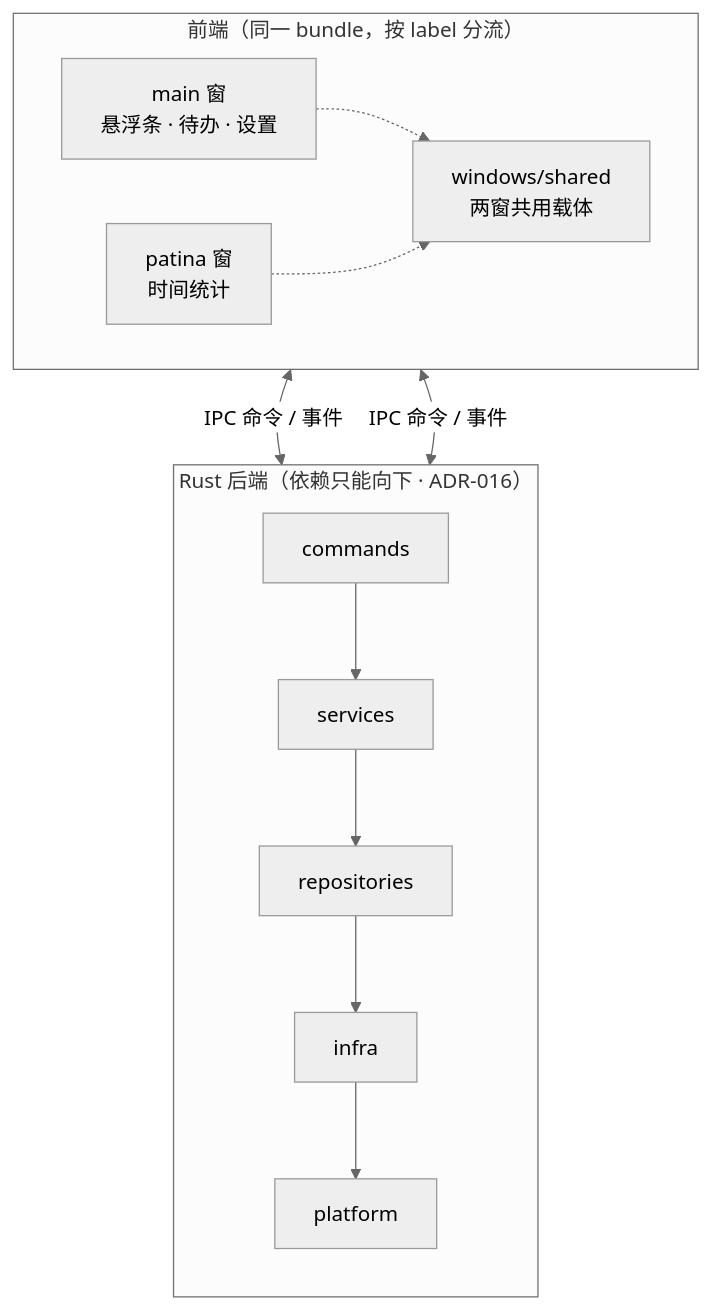
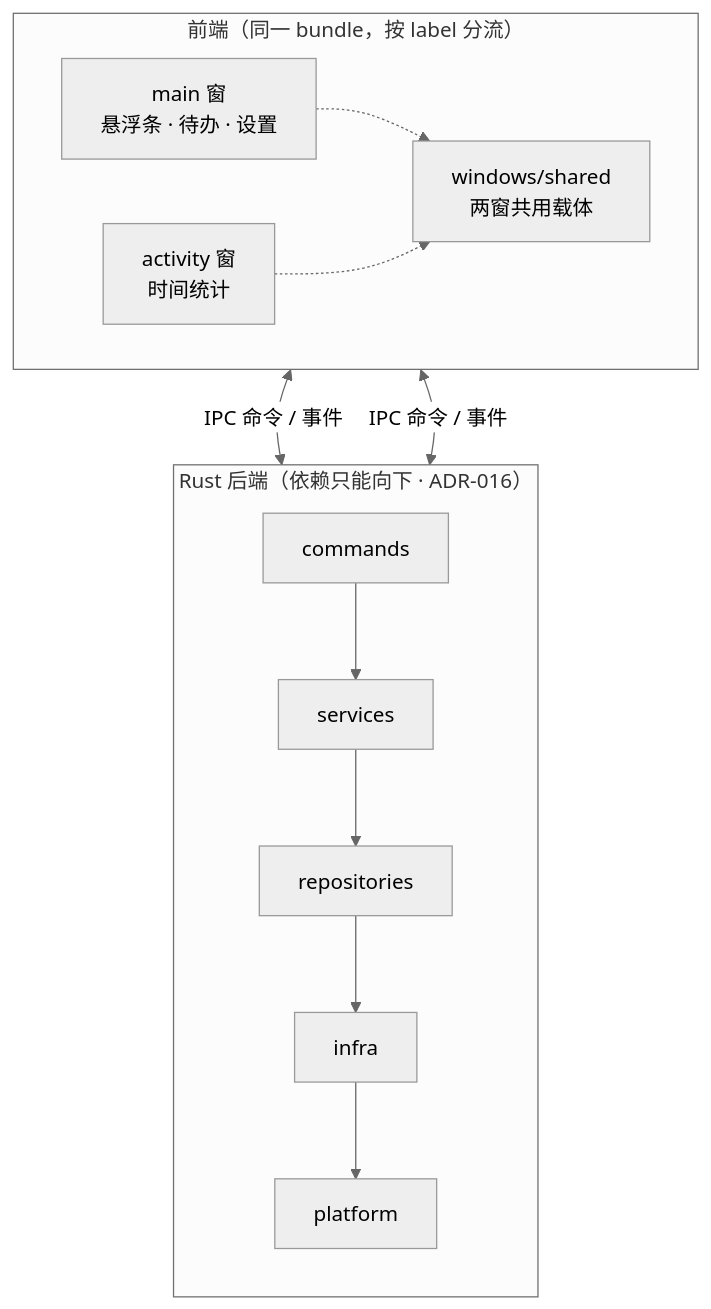
The diagram in README.md (BigDog2712/Timing), drawn with Mermaid (neutral theme) before and after one commit. The commit also changed 1 other file, not shown here.

Commit message:
docs(notices): 修掉 8 处指向已不存在实体的引用（T06b）
T04-4 把 patina.json / patina-tool-notification.json / patina-host-*.toml / patina.html
改名到 activity 侧，文档没跟着改。本次只改「文档与代码不一致」的现状断言，
CHANGELOG / 更新日志 / docs/refactor / 版本增量章节等历史记录一律不动。

- README：mermaid 节点 `patina 窗` → `activity 窗`（label 已是 activity）
- THIRD-PARTY-NOTICES：运行时标识段改为现值（label / 入口 HTML / capability /
  permission），保留「结构归一时这两样没动、de-Patina 批次才改」的时序；
  改动清单里的路径同步修正：capabilities/patina.json → activity.json、
  patina-tool-notification.json → activity-tool-notification.json、
  app/insight/tray.rs → app/activity/tray.rs、app/patina_bridge.rs →
  app/activity_bridge.rs、src/app/main.tsx → src/windows/timing/entry/main.tsx、
  src/services/ipc.ts → src/windows/timing/services/ipc.ts

数据落点 `<数据根>/patina/data/patina.db` 不动：T05 落地前它仍是事实。

````diff
--- a/README.md
+++ b/README.md
@@ -173,17 +173,17 @@
 ```mermaid
 flowchart TB
   subgraph FE["前端（同一 bundle，按 label 分流）"]
     direction LR
     MAIN["main 窗<br/>悬浮条 · 待办 · 设置"]
-    PAT["patina 窗<br/>时间统计"]
+    PAT["activity 窗<br/>时间统计"]
     SH["windows/shared<br/>两窗共用载体"]
     MAIN -.-> SH
     PAT -.-> SH
   end
   subgraph BE["Rust 后端（依赖只能向下 · ADR-016）"]
     direction TB
     CMD["commands"] --> SVC["services"] --> REPO["repositories"] --> INFRA["infra"] --> PLAT["platform"]
   end
   MAIN <-->|"IPC 命令 / 事件"| CMD
   PAT <-->|"IPC 命令 / 事件"| CMD
 ```
````
